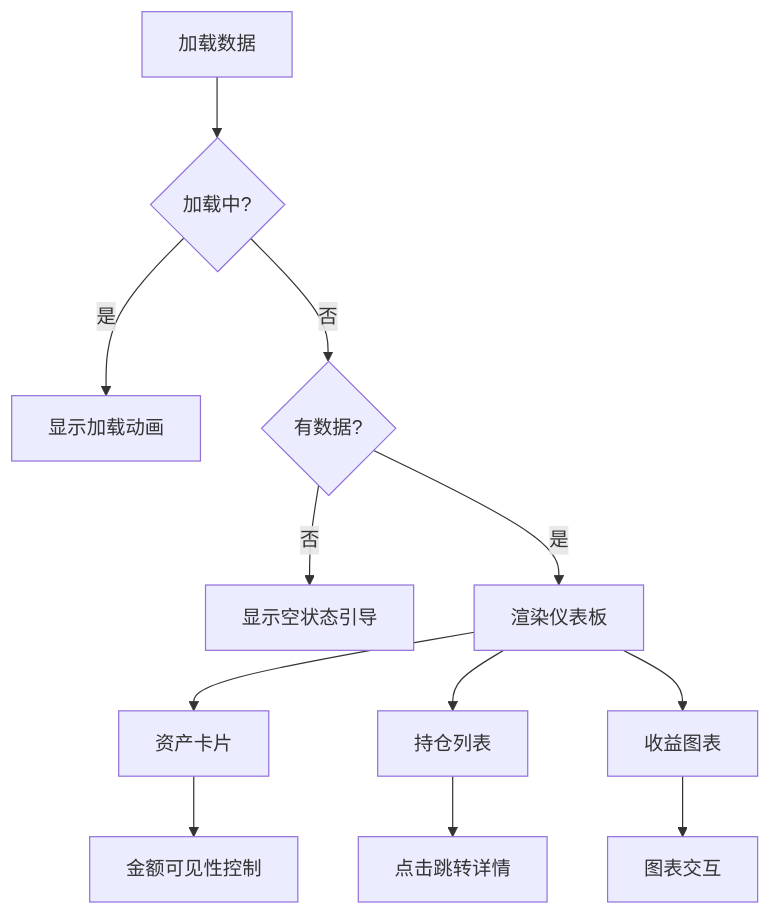
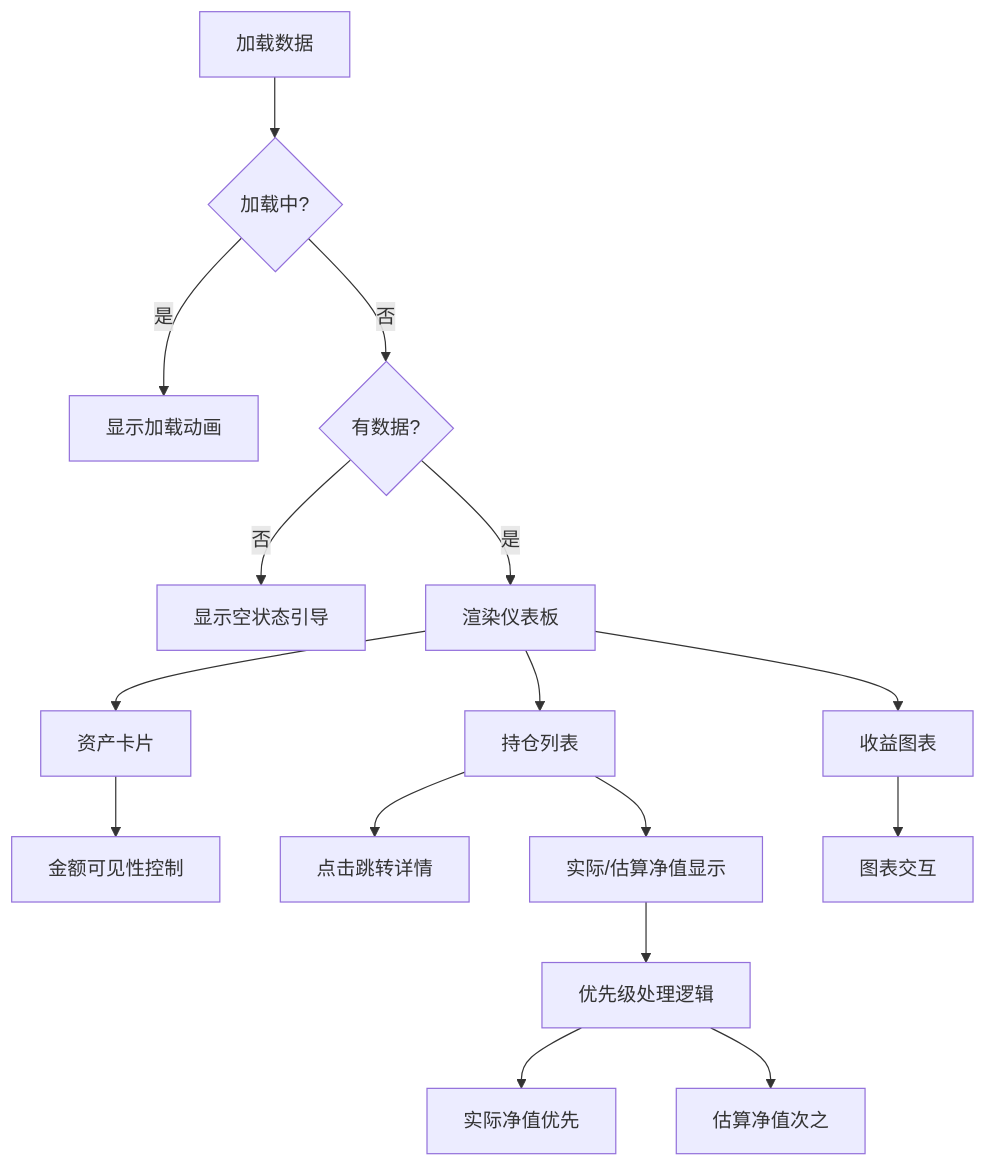
The eighth of 11 diagrams in .qoder/repowiki/zh/content/Dashboard Enhancement.md (gree-coder/fund-butler), drawn with Mermaid before and after one commit. The commit also changed other lines of this file and 23 other files, not shown here.

````diff
--- a/.qoder/repowiki/zh/content/Dashboard Enhancement.md
+++ b/.qoder/repowiki/zh/content/Dashboard Enhancement.md
@@ -328,14 +364,18 @@
 ```mermaid
 flowchart TD
 LoadData[加载数据] --> CheckLoading{加载中?}
 CheckLoading --> |是| ShowSpinner[显示加载动画]
 CheckLoading --> |否| CheckData{有数据?}
 CheckData --> |否| ShowEmpty[显示空状态引导]
 CheckData --> |是| RenderDashboard[渲染仪表板]
 RenderDashboard --> AssetCards[资产卡片]
 RenderDashboard --> PositionList[持仓列表]
 RenderDashboard --> ProfitChart[收益图表]
 AssetCards --> AmountVisibility[金额可见性控制]
 PositionList --> ClickNavigation[点击跳转详情]
+PositionList --> ReturnDisplay[实际/估算净值显示]
 ProfitChart --> ChartInteraction[图表交互]
+ReturnDisplay --> PriorityHandling[优先级处理逻辑]
+PriorityHandling --> ActualFirst["实际净值优先"]
+PriorityHandling --> EstimateSecond["估算净值次之"]
 ```
````
